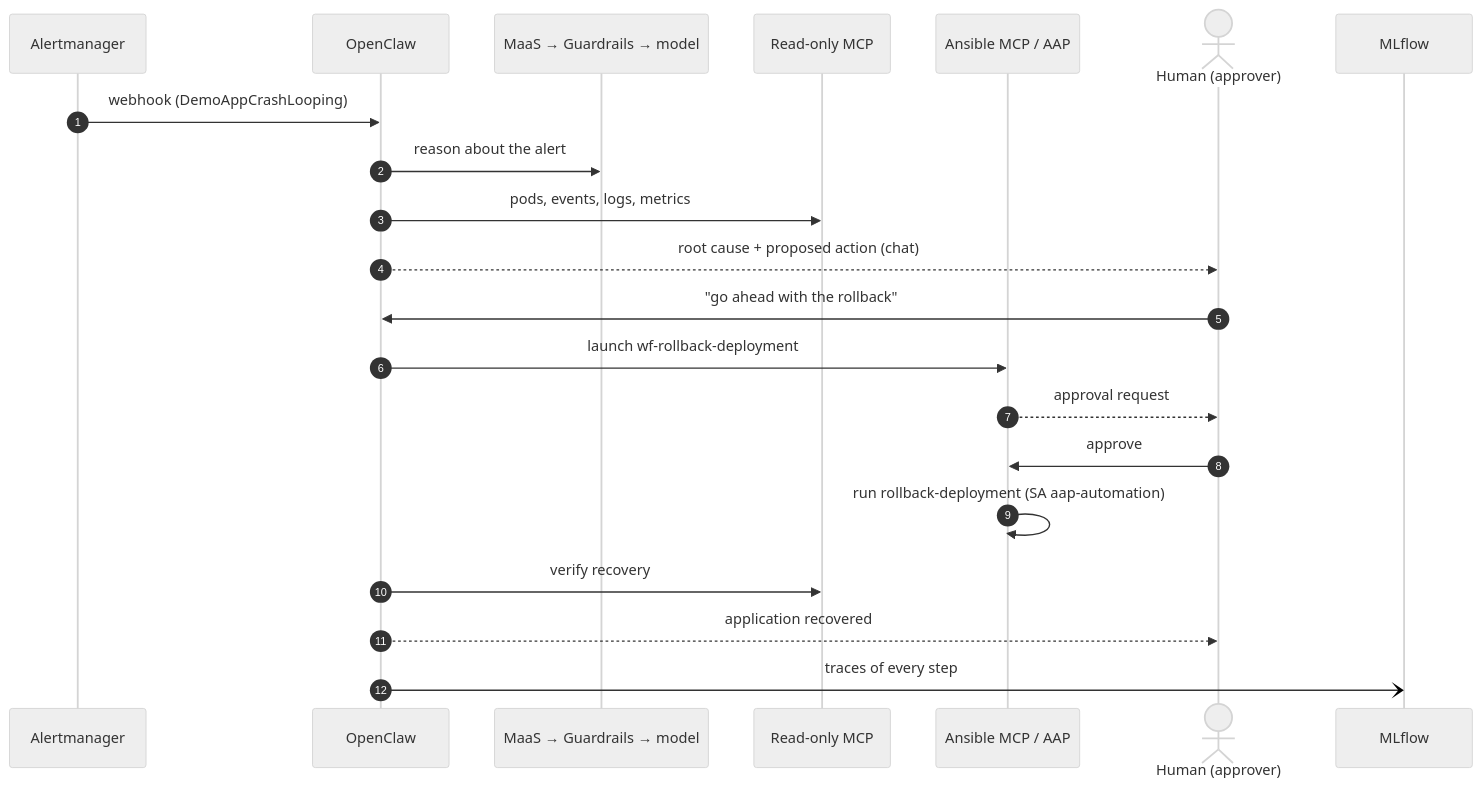
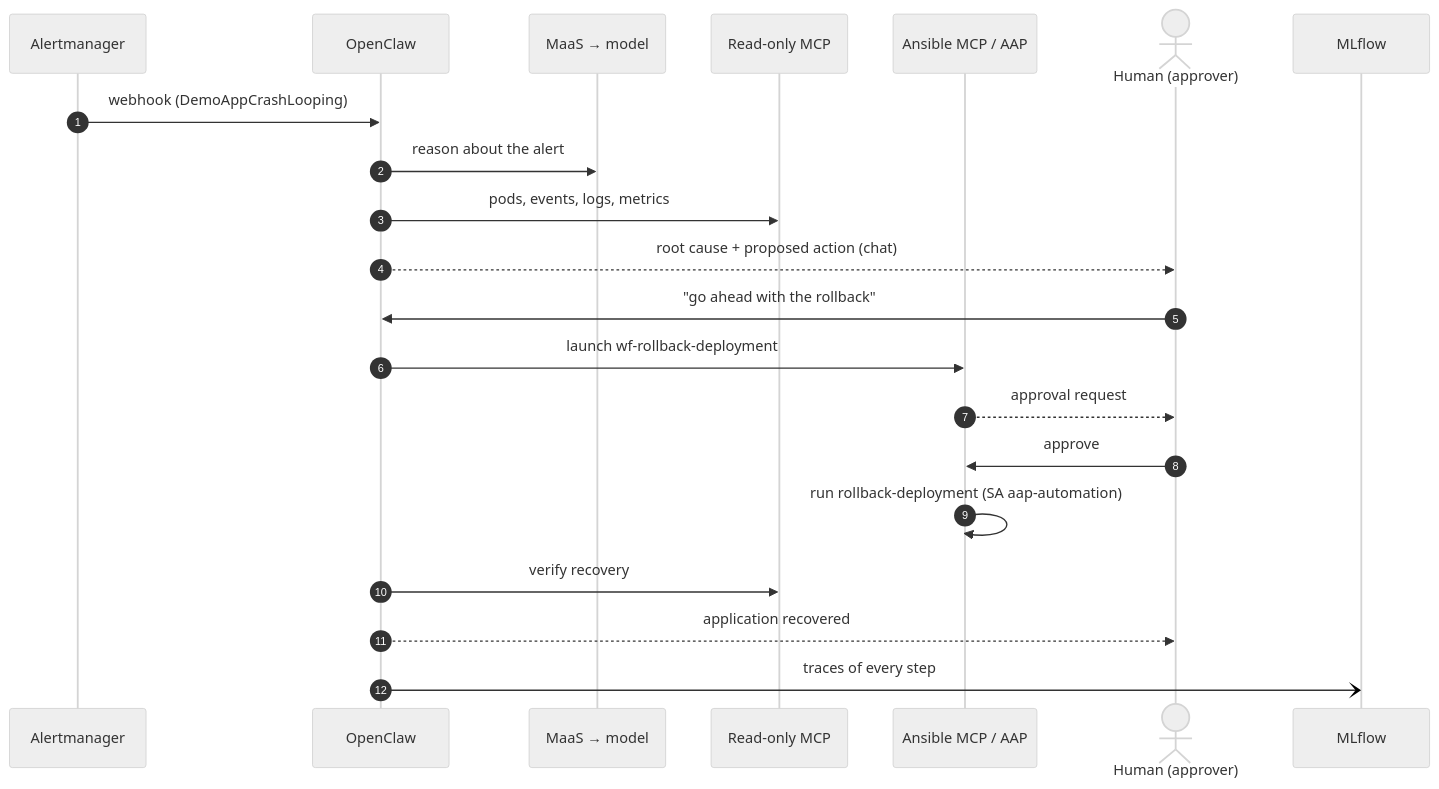
Before and after one commit to lccherri/openclaw-aiops-poc: the second of 2 diagrams in README.md, drawn with Mermaid (neutral theme). The commit also changed other lines of this file and 71 other files, not shown here.

````diff
--- a/README.md
+++ b/README.md
@@ -122,24 +127,24 @@
 ```mermaid
 sequenceDiagram
     autonumber
     participant AM as Alertmanager
     participant OC as OpenClaw
-    participant M as MaaS → Guardrails → model
+    participant M as MaaS → model
     participant MCP as Read-only MCP
     participant A as Ansible MCP / AAP
     actor H as Human (approver)
     participant ML as MLflow
 
     AM->>OC: webhook (DemoAppCrashLooping)
     OC->>M: reason about the alert
     OC->>MCP: pods, events, logs, metrics
     OC-->>H: root cause + proposed action (chat)
     H->>OC: "go ahead with the rollback"
     OC->>A: launch wf-rollback-deployment
     A-->>H: approval request
     H->>A: approve
     A->>A: run rollback-deployment (SA aap-automation)
     OC->>MCP: verify recovery
     OC-->>H: application recovered
     OC-)ML: traces of every step
 ```
````
